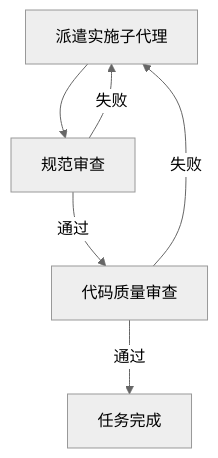
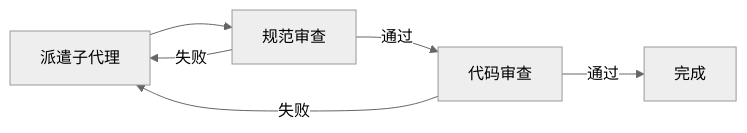
Before and after one commit to long36708/superpower-talks: the second of 3 diagrams in slides.md, drawn with Mermaid (neutral theme). The commit also changed other lines of this file, not shown here.

````diff
--- a/slides.md
+++ b/slides.md
@@ -183,8 +171,8 @@
 ```mermaid
-graph TD
-    A[派遣实施子代理] --> B[规范审查]
-    B -->|通过| C[代码质量审查]
+graph LR
+    A[派遣子代理] --> B[规范审查]
+    B -->|通过| C[代码审查]
     B -->|失败| A
-    C -->|通过| D[任务完成]
+    C -->|通过| D[完成]
     C -->|失败| A
 ```
````
